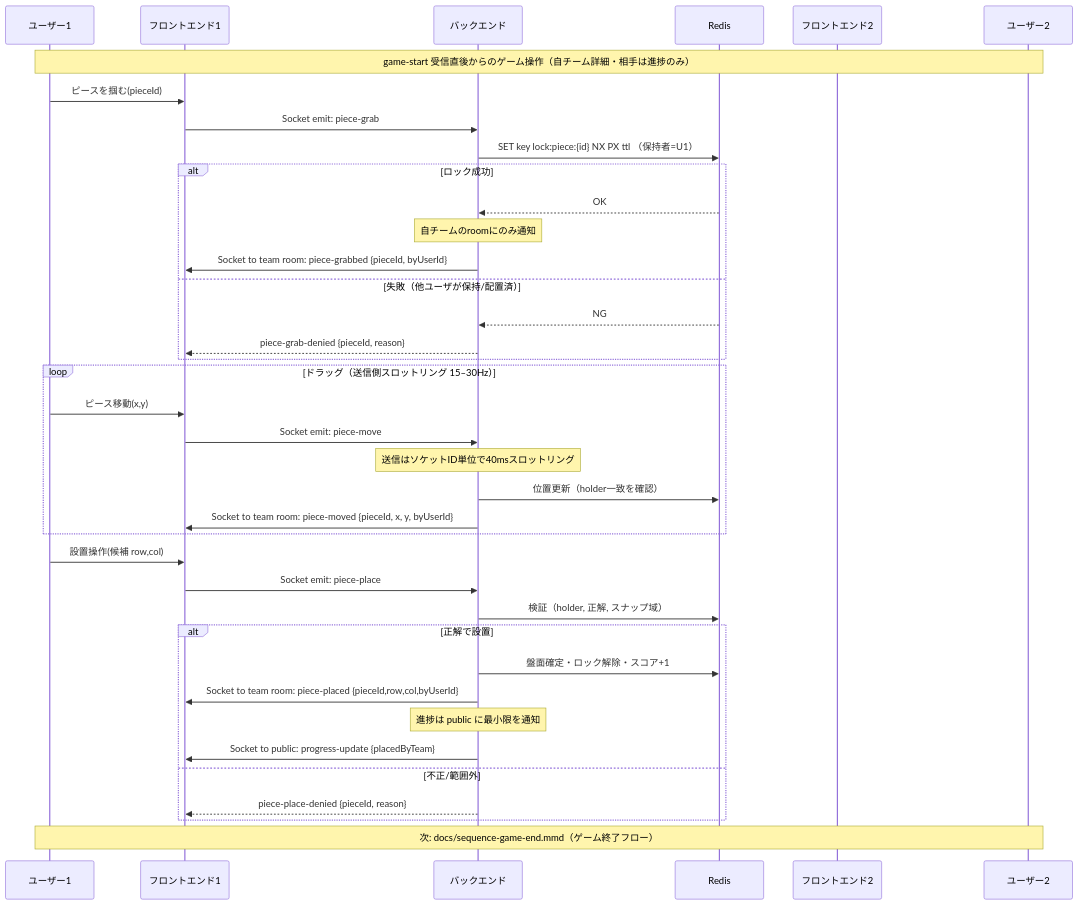
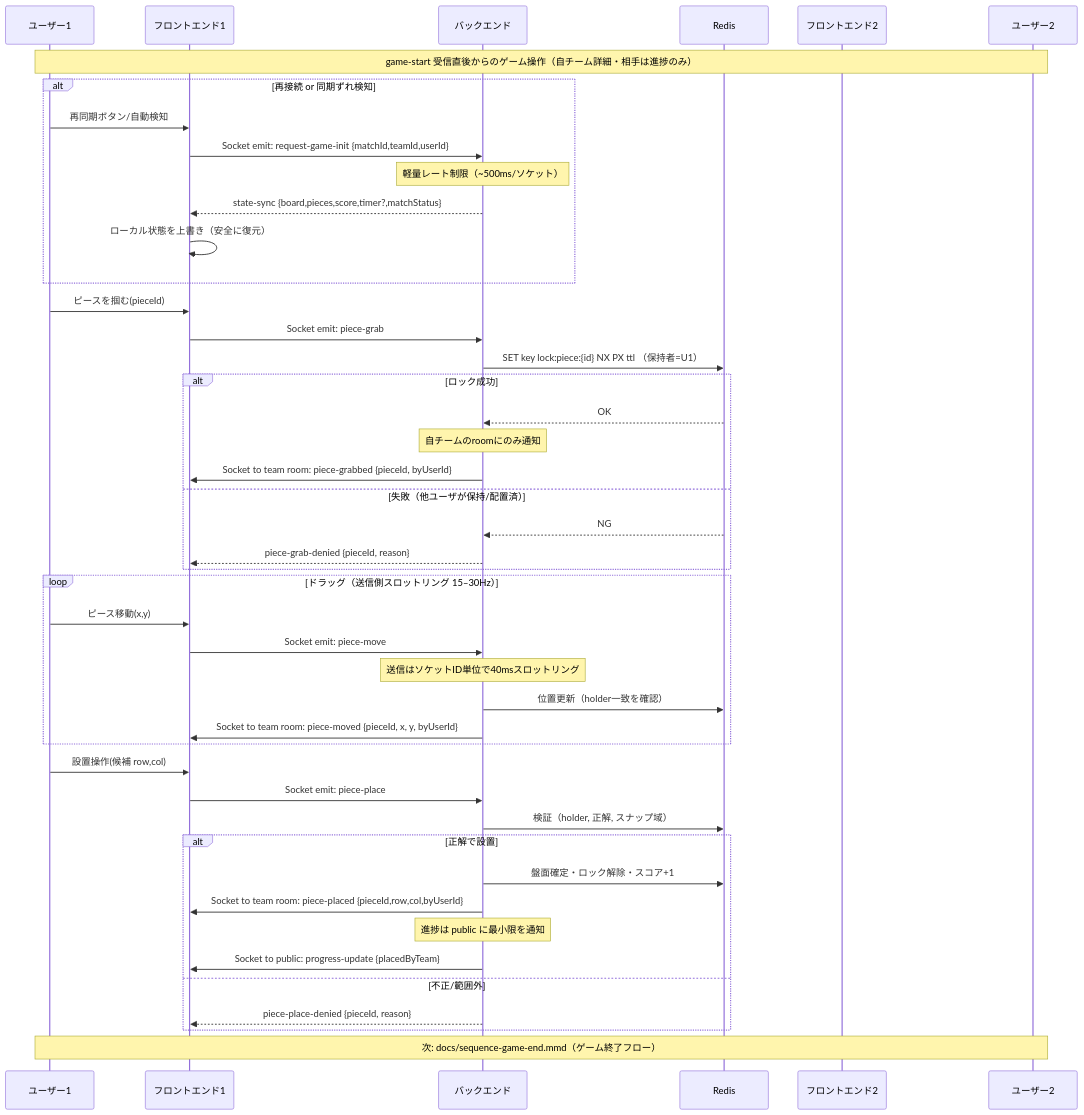
The diagram in docs/in-game/sequence-in-game.mmd (kotek-7/minpuzz), drawn with Mermaid before and after one commit.

Commit message:
ドキュメント更新

```diff
--- a/docs/in-game/sequence-in-game.mmd
+++ b/docs/in-game/sequence-in-game.mmd
@@ -1,46 +1,55 @@
 %%{init: {'theme':'default', 'themeVariables': {'primaryColor': '#4f46e5', 'primaryTextColor': '#fff', 'primaryBorderColor': '#3730a3', 'lineColor': '#374151', 'secondaryColor': '#e5e7eb', 'tertiaryColor': '#f3f4f6'}}}%%
 
 %% ゲーム中（通常操作：掴む→動かす→設置→進捗更新）
 sequenceDiagram
     participant U1 as ユーザー1
     participant F1 as フロントエンド1
     participant B as バックエンド
     participant R as Redis
     participant F2 as フロントエンド2
     participant U2 as ユーザー2
 
     Note over U1,U2: game-start 受信直後からのゲーム操作（自チーム詳細・相手は進捗のみ）
+
+    %% 再接続/同期ずれ時のスナップショット再取得
+    alt 再接続 or 同期ずれ検知
+        U1->>F1: 再同期ボタン/自動検知
+        F1->>B: Socket emit: request-game-init {matchId,teamId,userId}
+        Note over B: 軽量レート制限（~500ms/ソケット）
+        B-->>F1: state-sync {board,pieces,score,timer?,matchStatus}
+        F1->>F1: ローカル状態を上書き（安全に復元）
+    end
 
     U1->>F1: ピースを掴む(pieceId)
     F1->>B: Socket emit: piece-grab
     B->>R: SET key lock:piece:{id} NX PX ttl （保持者=U1）
     alt ロック成功
         R-->>B: OK
         Note over B: 自チームのroomにのみ通知
         B->>F1: Socket to team room: piece-grabbed {pieceId, byUserId}
     else 失敗（他ユーザが保持/配置済）
         R-->>B: NG
         B-->>F1: piece-grab-denied {pieceId, reason}
     end
 
     loop ドラッグ（送信側スロットリング 15–30Hz）
         U1->>F1: ピース移動(x,y)
         F1->>B: Socket emit: piece-move
         Note over B: 送信はソケットID単位で40msスロットリング
         B->>R: 位置更新（holder一致を確認）
         B->>F1: Socket to team room: piece-moved {pieceId, x, y, byUserId}
     end
 
     U1->>F1: 設置操作(候補 row,col)
     F1->>B: Socket emit: piece-place
     B->>R: 検証（holder, 正解, スナップ域）
     alt 正解で設置
         B->>R: 盤面確定・ロック解除・スコア+1
         B->>F1: Socket to team room: piece-placed {pieceId,row,col,byUserId}
         Note over B: 進捗は public に最小限を通知
         B->>F1: Socket to public: progress-update {placedByTeam}
     else 不正/範囲外
         B-->>F1: piece-place-denied {pieceId, reason}
     end
 
     Note over U1,U2: 次: docs/sequence-game-end.mmd（ゲーム終了フロー）
```
